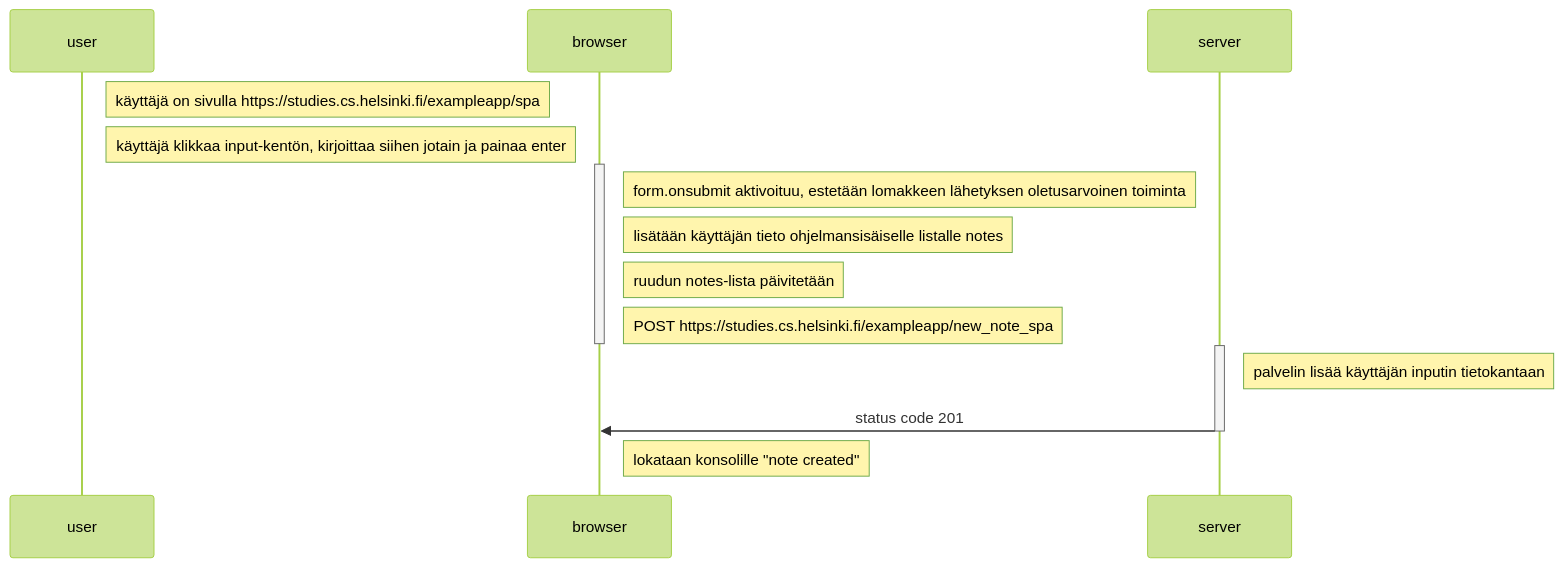
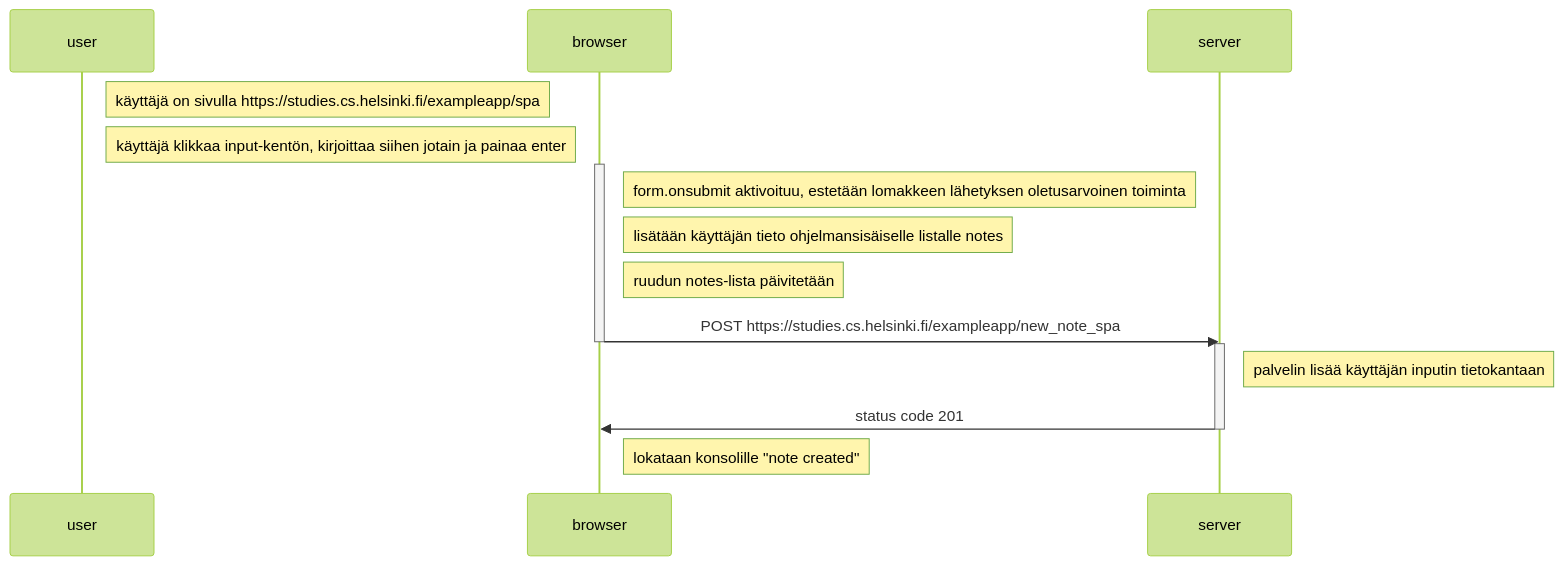
One commit to moocjsi/mooc-harj03 changed the diagram in mermaid-test9.md. Above: the diagram before and after it, drawn with Mermaid (forest theme).

````diff
--- a/mermaid-test9.md
+++ b/mermaid-test9.md
@@ -2,25 +2,25 @@
 ```mermaid
 sequenceDiagram
     participant user
     participant browser
     participant server
 
     Note right of user: käyttäjä on sivulla https://studies.cs.helsinki.fi/exampleapp/spa
     Note right of user: käyttäjä klikkaa input-kentön, kirjoittaa siihen jotain ja painaa enter
 
     activate browser
     Note right of browser: form.onsubmit aktivoituu, estetään lomakkeen lähetyksen oletusarvoinen toiminta
     Note right of browser: lisätään käyttäjän tieto ohjelmansisäiselle listalle notes
     Note right of browser: ruudun notes-lista päivitetään
-    Note right of browser: POST https://studies.cs.helsinki.fi/exampleapp/new_note_spa
+    browser->>server: POST https://studies.cs.helsinki.fi/exampleapp/new_note_spa
     deactivate browser
 
     activate server
     Note right of server: palvelin lisää käyttäjän inputin tietokantaan
     server->>browser: status code 201
     deactivate server
 
     Note right of browser: lokataan konsolille "note created"
 
 
 ```
````
